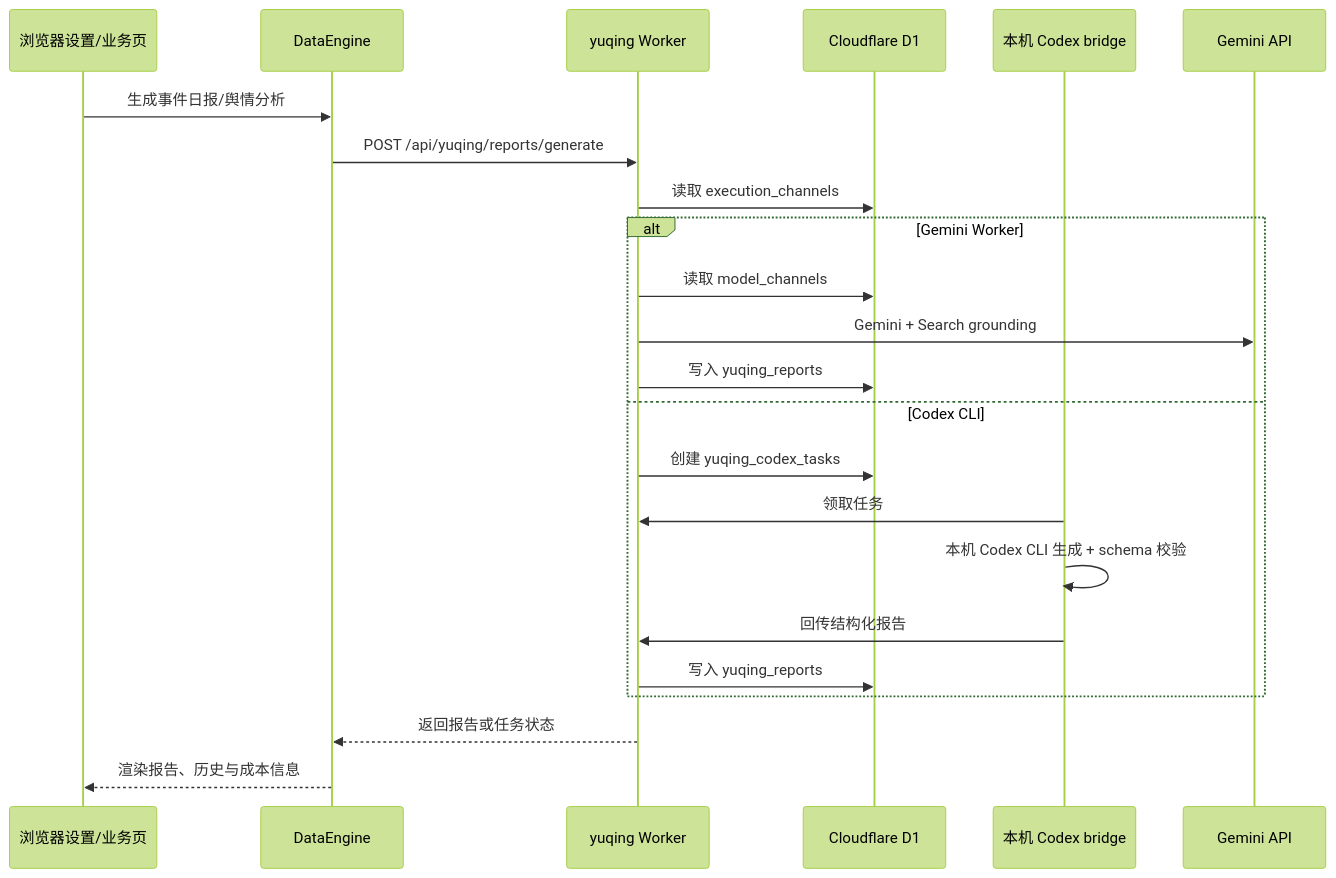
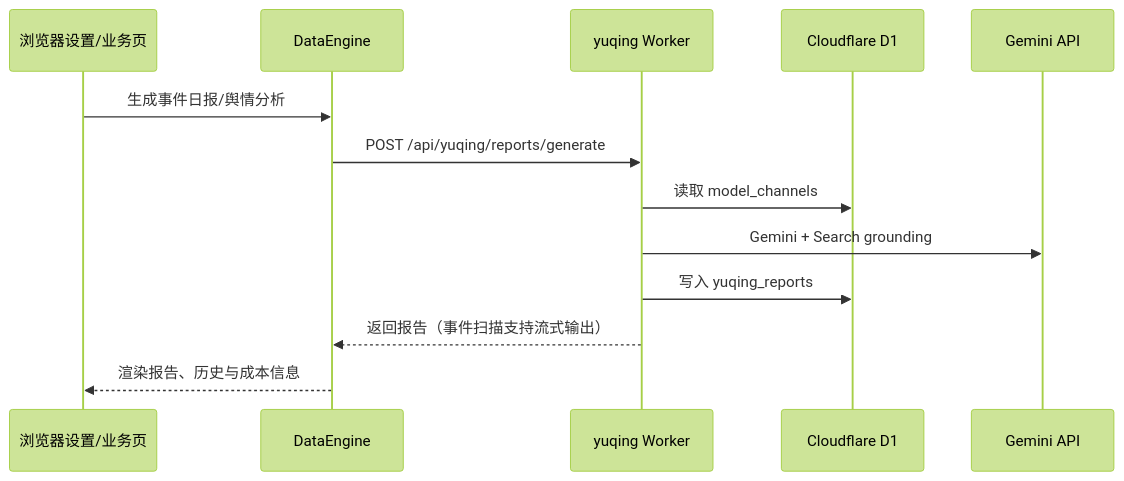
The second of 2 diagrams in README.md (Feini2002/Bitcoin), drawn with Mermaid (forest theme) before and after one commit. The commit also changed other lines of this file and 93 other files, not shown here.

````diff
--- a/README.md
+++ b/README.md
@@ -86,26 +79,16 @@
 ```mermaid
 sequenceDiagram
   participant UI as 浏览器设置/业务页
   participant DE as DataEngine
   participant Y as yuqing Worker
   participant D1 as Cloudflare D1
-  participant C as 本机 Codex bridge
   participant G as Gemini API
 
   UI->>DE: 生成事件日报/舆情分析
   DE->>Y: POST /api/yuqing/reports/generate
-  Y->>D1: 读取 execution_channels
-  alt Gemini Worker
-    Y->>D1: 读取 model_channels
-    Y->>G: Gemini + Search grounding
-    Y->>D1: 写入 yuqing_reports
-  else Codex CLI
-    Y->>D1: 创建 yuqing_codex_tasks
-    C->>Y: 领取任务
-    C->>C: 本机 Codex CLI 生成 + schema 校验
-    C->>Y: 回传结构化报告
-    Y->>D1: 写入 yuqing_reports
-  end
-  Y-->>DE: 返回报告或任务状态
+  Y->>D1: 读取 model_channels
+  Y->>G: Gemini + Search grounding
+  Y->>D1: 写入 yuqing_reports
+  Y-->>DE: 返回报告（事件扫描支持流式输出）
   DE-->>UI: 渲染报告、历史与成本信息
 ```
````
